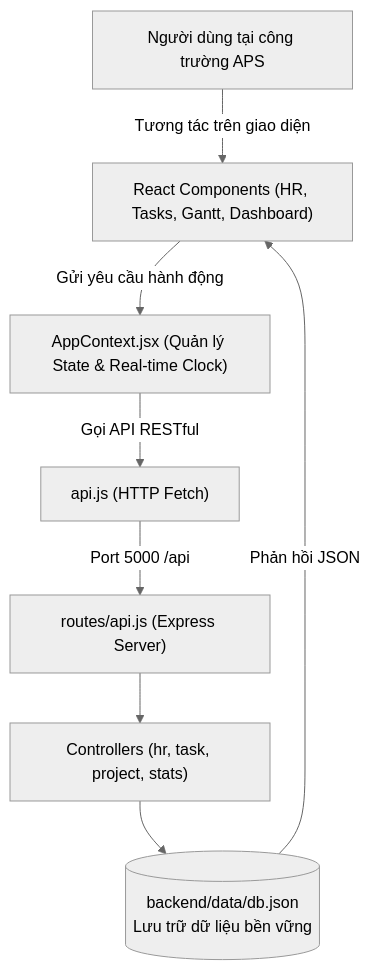
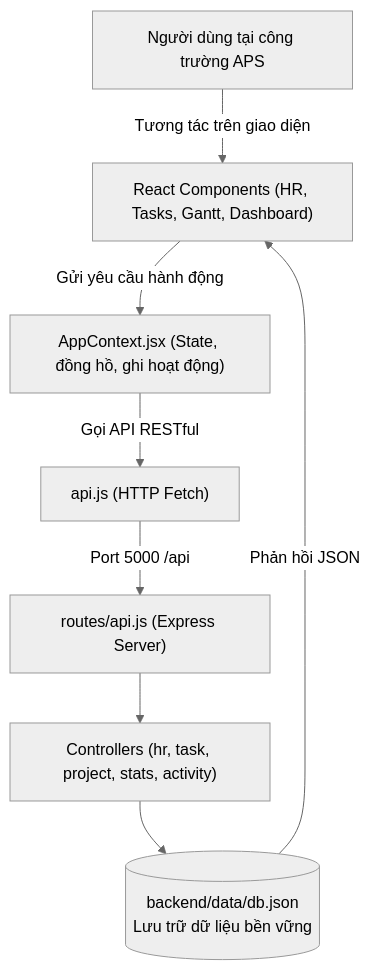
One commit to leducgiahuy/app-APS changed the diagram in antigravity/scratch/aps-project-manager/ARCHITECTURE.md. Above: the diagram before and after it, drawn with Mermaid (neutral theme). The commit also changed other lines of this file and 24 other files, not shown here.

````diff
--- a/antigravity/scratch/aps-project-manager/ARCHITECTURE.md
+++ b/antigravity/scratch/aps-project-manager/ARCHITECTURE.md
@@ -77,10 +93,10 @@
 ```mermaid
 flowchart TD
     User["Người dùng tại công trường APS"] -->|Tương tác trên giao diện| UI["React Components (HR, Tasks, Gantt, Dashboard)"]
-    UI -->|Gửi yêu cầu hành động| Ctx["AppContext.jsx (Quản lý State & Real-time Clock)"]
+    UI -->|Gửi yêu cầu hành động| Ctx["AppContext.jsx (State, đồng hồ, ghi hoạt động)"]
     Ctx -->|Gọi API RESTful| ApiClient["api.js (HTTP Fetch)"]
     ApiClient -->|Port 5000 /api| BackendRouter["routes/api.js (Express Server)"]
-    BackendRouter --> Controllers["Controllers (hr, task, project, stats)"]
+    BackendRouter --> Controllers["Controllers (hr, task, project, stats, activity)"]
     Controllers --> Storage[("backend/data/db.json\nLưu trữ dữ liệu bền vững")]
     Storage -->|Phản hồi JSON| UI
 ```
````
